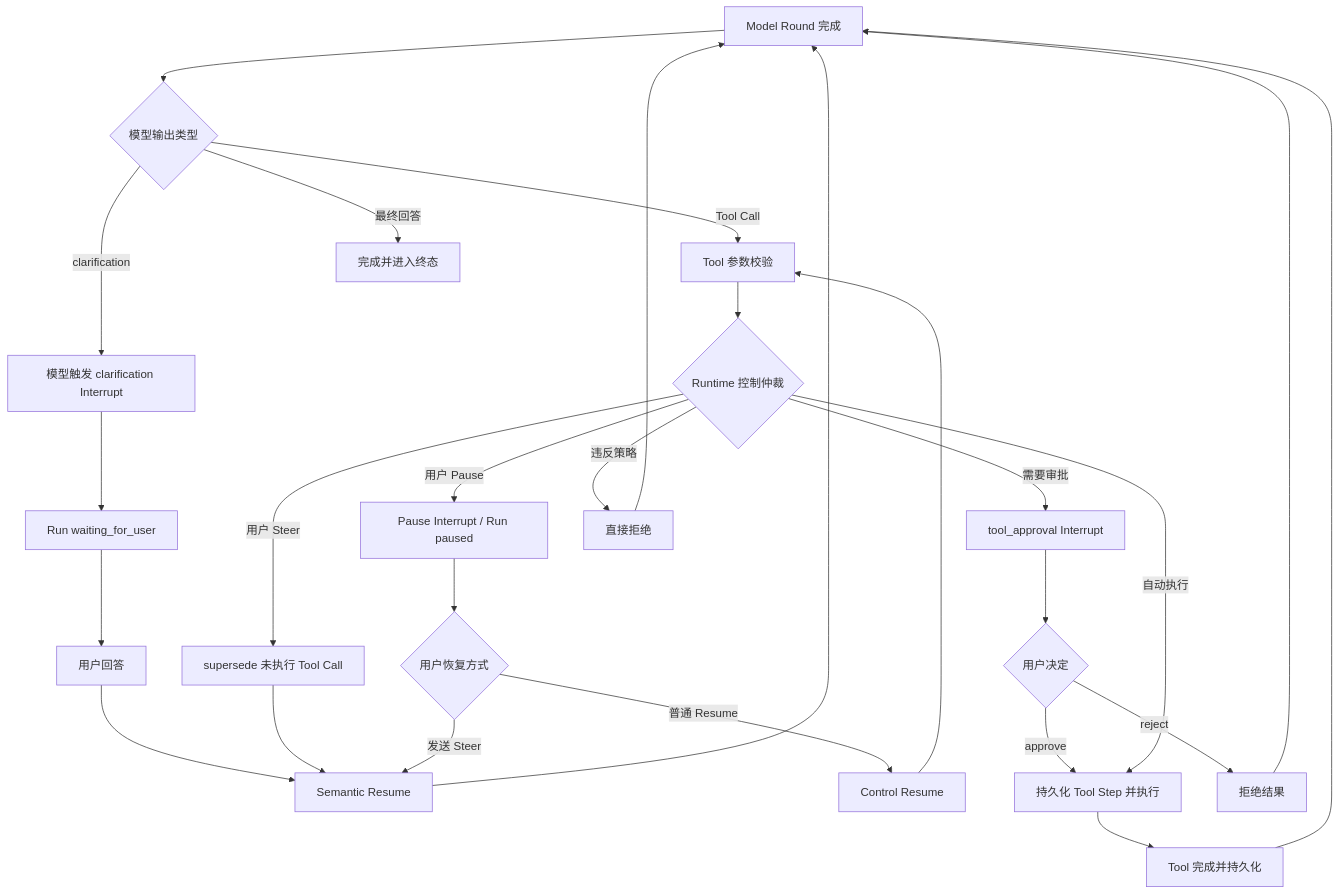
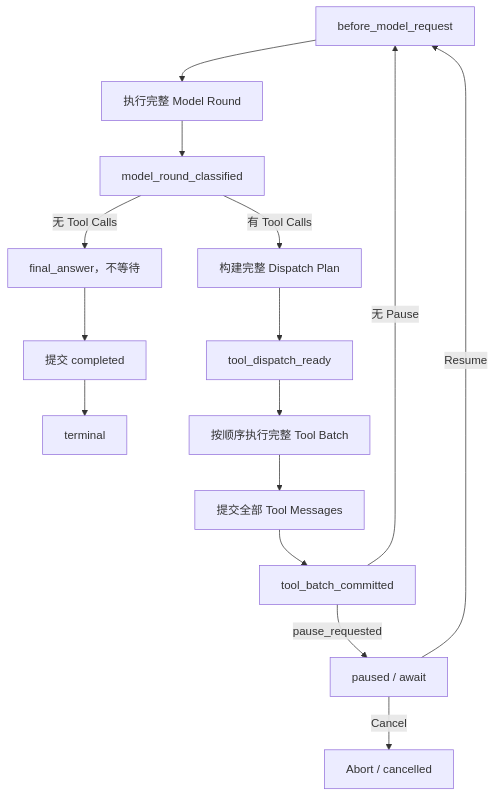
Before and after one commit to 583175694/hello-harness-agent: the diagram in docs/28-interrupt-resume-control-plane.md, drawn with Mermaid. The commit also changed other lines of this file and 25 other files, not shown here.

Commit message:
feat(agent): add runtime lifecycle pause control

````diff
--- a/docs/28-interrupt-resume-control-plane.md
+++ b/docs/28-interrupt-resume-control-plane.md
@@ -396,31 +416,18 @@
 ```mermaid
 flowchart TD
-    A["Model Round 完成"] --> B{"模型输出类型"}
-    B -->|"clarification"| C["模型触发 clarification Interrupt"]
-    C --> D["Run waiting_for_user"]
-    D --> E["用户回答"]
-    E --> F["Semantic Resume"]
-    F --> A
+    A["before_model_request"] --> B["执行完整 Model Round"]
+    B --> C["model_round_classified"]
+    C -->|"无 Tool Calls"| D["final_answer，不等待"]
+    D --> E["提交 completed"]
+    E --> F["terminal"]
 
-    B -->|"Tool Call"| G["Tool 参数校验"]
-    G --> H{"Runtime 控制仲裁"}
-    H -->|"用户 Steer"| I["supersede 未执行 Tool Call"]
-    I --> F
-    H -->|"用户 Pause"| J["Pause Interrupt / Run paused"]
-    J --> K{"用户恢复方式"}
-    K -->|"普通 Resume"| L["Control Resume"]
-    L --> G
-    K -->|"发送 Steer"| F
-    H -->|"需要审批"| M["tool_approval Interrupt"]
-    M --> N{"用户决定"}
-    N -->|"approve"| O["持久化 Tool Step 并执行"]
-    N -->|"reject"| P["拒绝结果"]
-    P --> A
-    H -->|"自动执行"| O
-    O --> Q["Tool 完成并持久化"]
-    Q --> A
-    H -->|"违反策略"| R["直接拒绝"]
-    R --> A
-
-    B -->|"最终回答"| S["完成并进入终态"]
+    C -->|"有 Tool Calls"| G["构建完整 Dispatch Plan"]
+    G --> H["tool_dispatch_ready"]
+    H --> I["按顺序执行完整 Tool Batch"]
+    I --> J["提交全部 Tool Messages"]
+    J --> K["tool_batch_committed"]
+    K -->|"无 Pause"| A
+    K -->|"pause_requested"| L["paused / await"]
+    L -->|"Resume"| A
+    L -->|"Cancel"| M["Abort / cancelled"]
 ```
````
